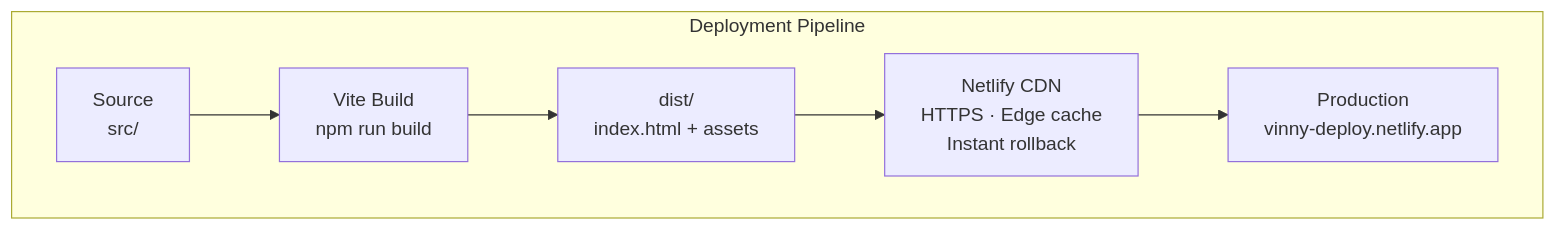
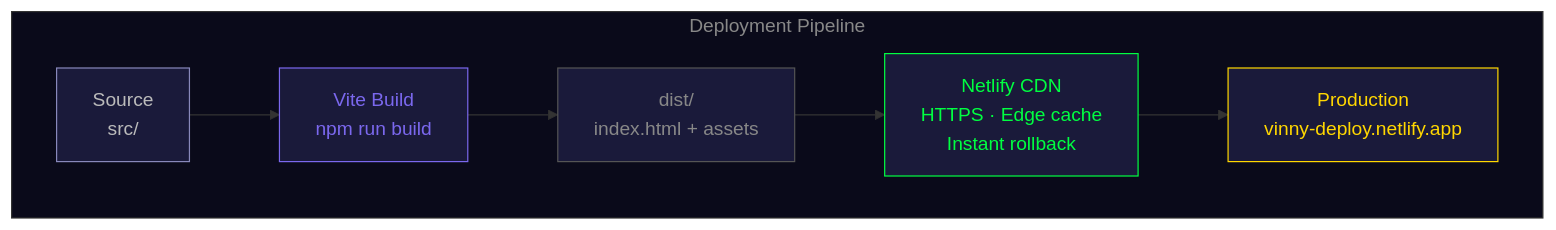
One commit to jacksonvincent012-web/Solstice-Game changed the sixth of 6 diagrams in README.md. Above: the diagram before and after it, drawn with Mermaid. The commit also changed other lines of this file, not shown here.

Commit message:
Style Mermaid architecture diagrams with game-themed colors

````diff
--- a/README.md
+++ b/README.md
@@ -193,10 +225,17 @@
 ```mermaid
 flowchart LR
     subgraph Deploy[Deployment Pipeline]
         direction LR
         SRC["Source<br>src/"] --> VITE["Vite Build<br>npm run build"]
         VITE --> DIST["dist/<br>index.html + assets"]
         DIST --> NETLIFY["Netlify CDN<br>HTTPS · Edge cache<br>Instant rollback"]
         NETLIFY --> LIVE["Production<br>vinny-deploy.netlify.app"]
     end
+
+    style SRC fill:#1a1a3a,stroke:#8888bb,color:#bbb
+    style VITE fill:#1a1a3a,stroke:#7b68ee,color:#7b68ee
+    style DIST fill:#1a1a3a,stroke:#555,color:#888
+    style NETLIFY fill:#1a1a3a,stroke:#00ff41,color:#00ff41
+    style LIVE fill:#1a1a3a,stroke:#ffd700,color:#ffd700
+    style Deploy fill:#0a0a1a,stroke:#333,color:#888
 ```
````
